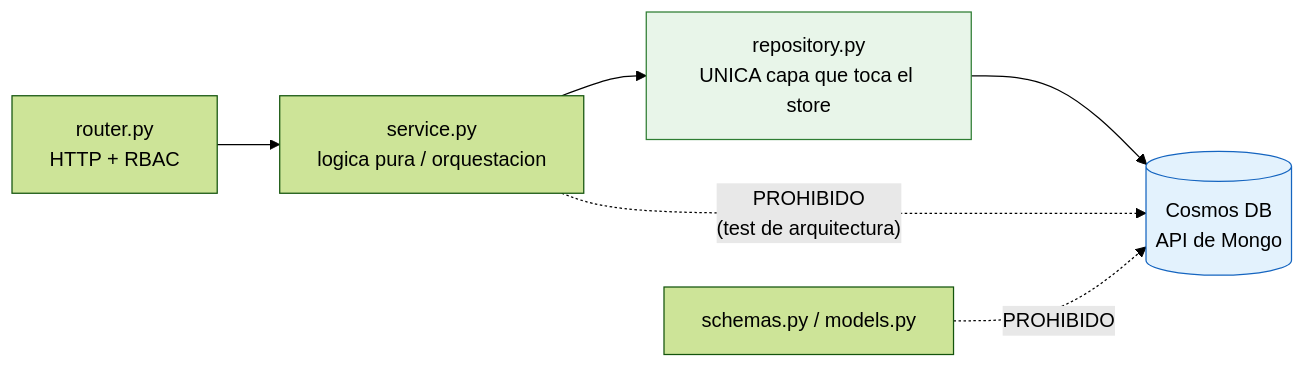
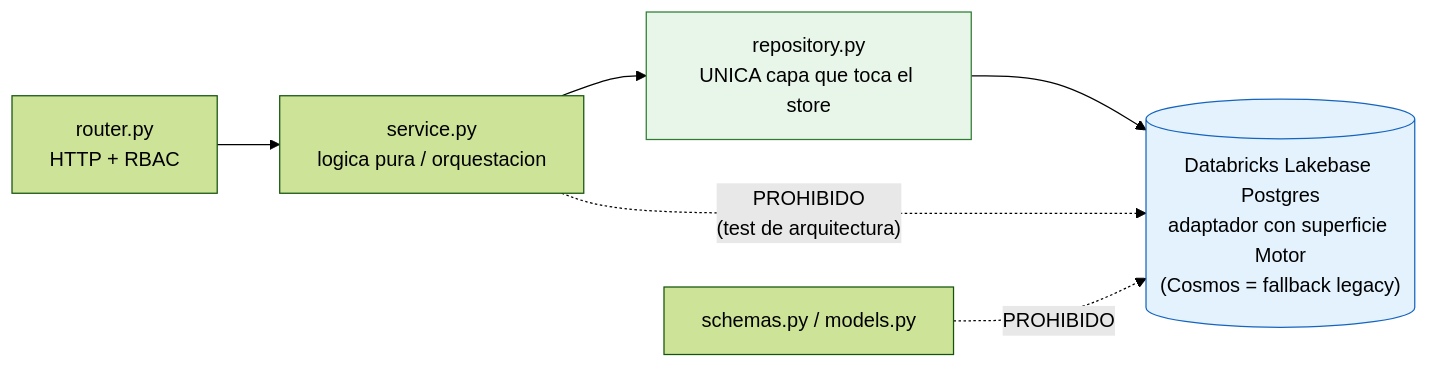
Before and after one commit to Carlosmps97/backend-data-model-hub: the second of 6 diagrams in doc/testing.md, drawn with Mermaid (forest theme). The commit also changed other lines of this file and 8 other files, not shown here.

````diff
--- a/doc/testing.md
+++ b/doc/testing.md
@@ -166,10 +187,10 @@
 ```mermaid
 flowchart LR
     R["router.py<br/>HTTP + RBAC"] --> S["service.py<br/>logica pura / orquestacion"]
     S --> Repo["repository.py<br/>UNICA capa que toca el store"]
-    Repo --> DB[("Cosmos DB<br/>API de Mongo")]
+    Repo --> DB[("Databricks Lakebase Postgres<br/>adaptador con superficie Motor<br/>(Cosmos = fallback legacy)")]
     S -. "PROHIBIDO<br/>(test de arquitectura)" .-> DB
     Sch["schemas.py / models.py"] -. "PROHIBIDO" .-> DB
     style Repo fill:#e8f5e9,stroke:#2e7d32
     style DB fill:#e3f2fd,stroke:#1565c0
 ```
````
